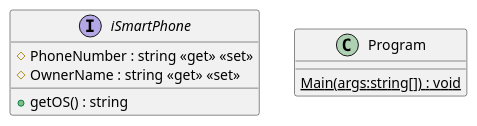
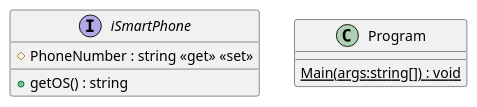
Before and after one commit to galinarudollf/SoftwareentwicklungSoSe2020_Aufgabe_04: the diagram in Aufgabe_3/main.puml, drawn with PlantUML.

Commit message:
Add new version of plantUML file

```diff
--- a/Aufgabe_3/main.puml
+++ b/Aufgabe_3/main.puml
@@ -1,10 +1,9 @@
 @startuml
 interface iSmartPhone {
     # PhoneNumber : string <<get>> <<set>>
-    # OwnerName : string <<get>> <<set>>
     + getOS() : string
 }
 class Program {
     {static} Main(args:string[]) : void
 }
 @enduml
```
